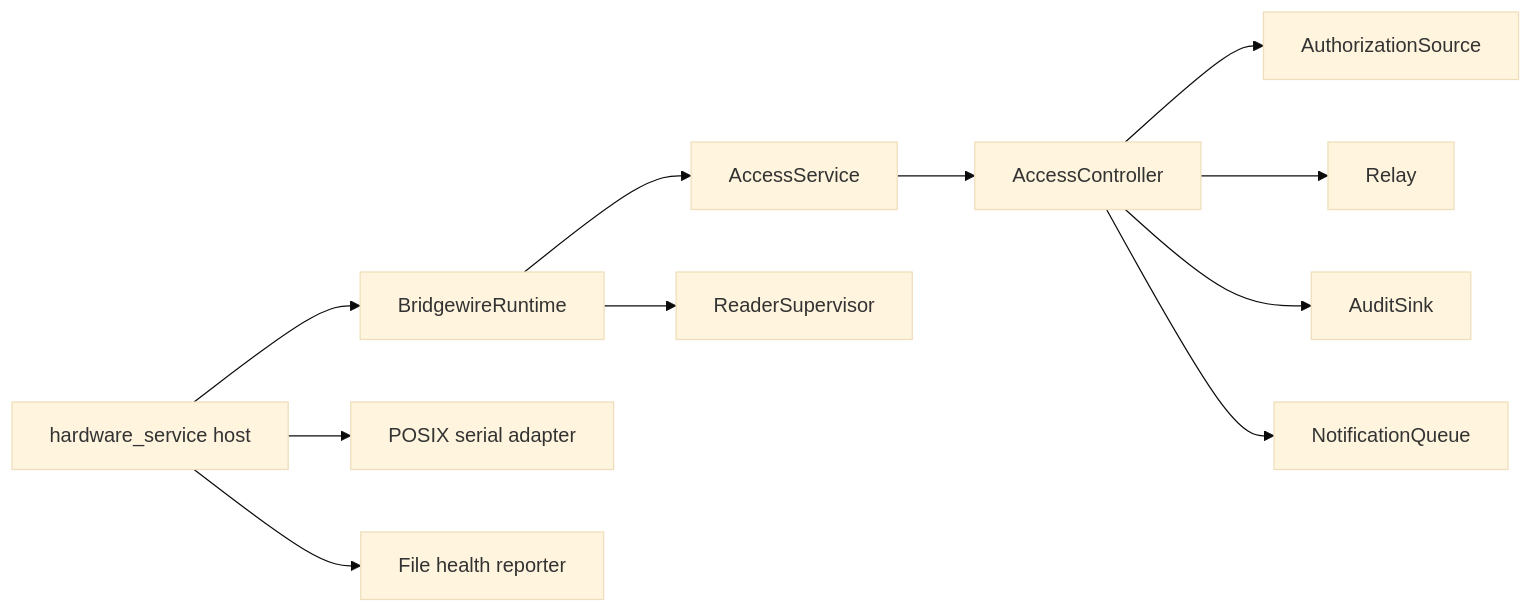
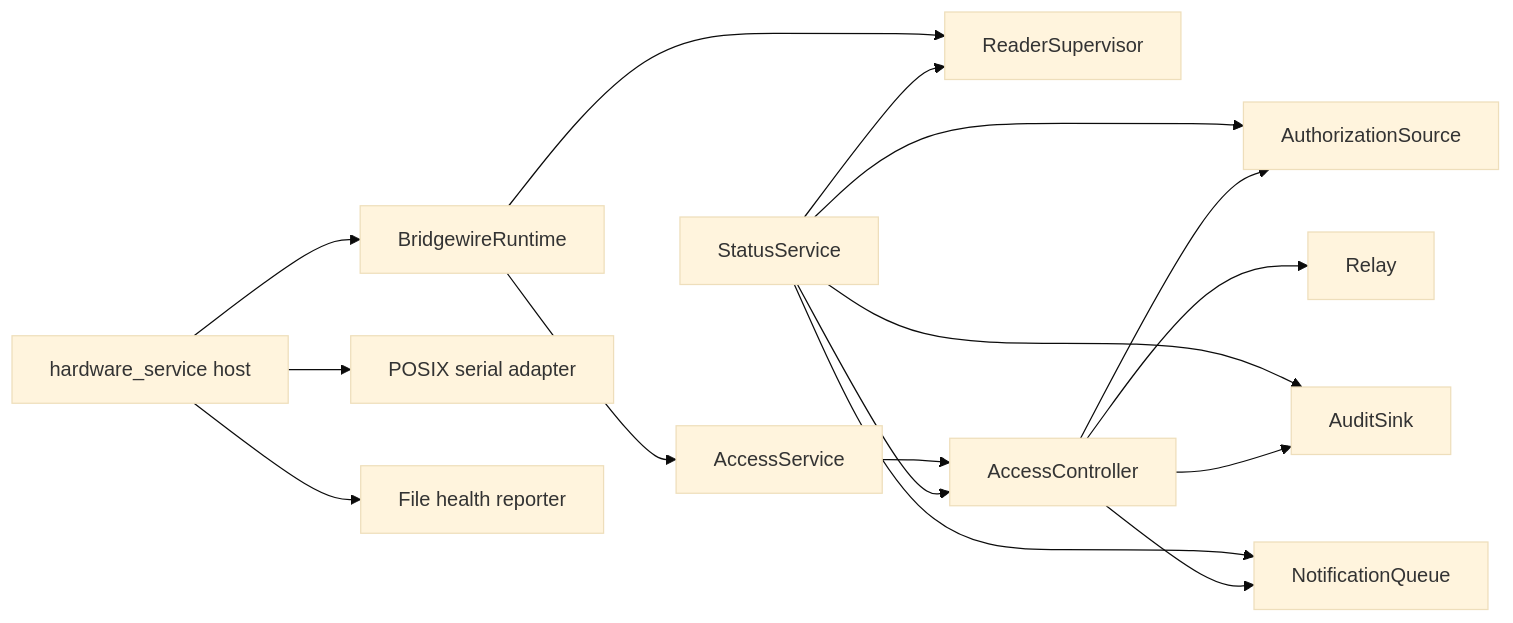
Before and after one commit to josephmienko/frontdoor: the diagram in docs/architecture-refactor-increment-3.md, drawn with Mermaid (base theme). The commit also changed other lines of this file and 6 other files, not shown here.

````diff
--- a/docs/architecture-refactor-increment-3.md
+++ b/docs/architecture-refactor-increment-3.md
@@ -26,13 +26,18 @@
 ```mermaid
 flowchart LR
     Host[hardware_service host] --> Runtime[BridgewireRuntime]
     Host --> Serial[POSIX serial adapter]
     Host --> Health[File health reporter]
     Runtime --> Access[AccessService]
     Runtime --> Reader[ReaderSupervisor]
     Access --> Controller[AccessController]
+    Status[StatusService] --> Controller
+    Status --> Reader
+    Status --> Auth
+    Status --> Audit
+    Status --> Notify
     Controller --> Auth[AuthorizationSource]
     Controller --> Relay[Relay]
     Controller --> Audit[AuditSink]
     Controller --> Notify[NotificationQueue]
 ```
````
